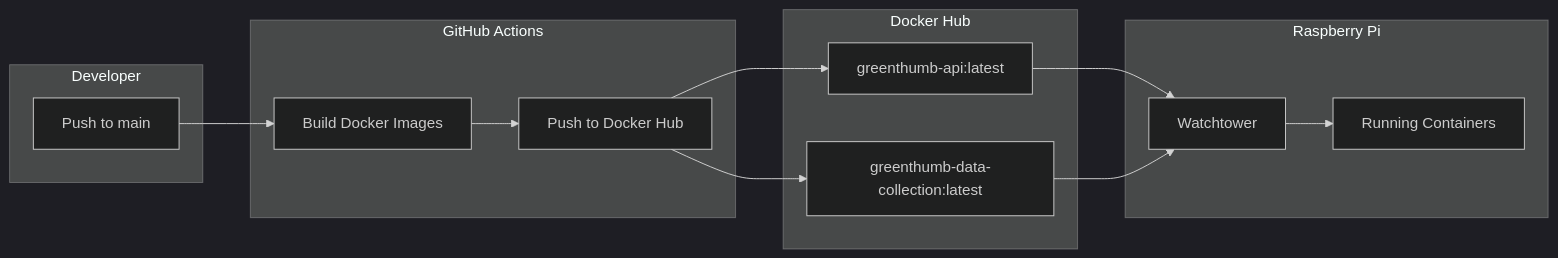
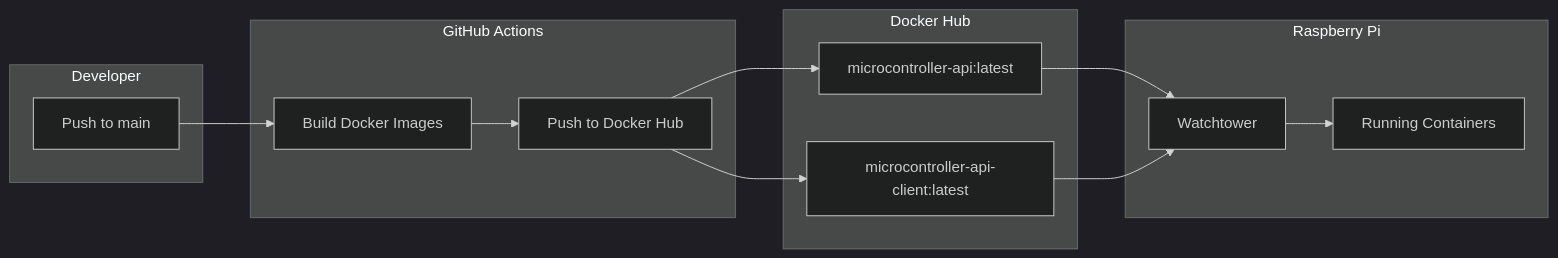
One commit to GreenThumbProject/docs changed the fourth of 6 diagrams in docs/architecture/diagrams.md. Above: the diagram before and after it, drawn with Mermaid (dark theme). The commit also changed other lines of this file and 17 other files, not shown here.

````diff
--- a/docs/architecture/diagrams.md
+++ b/docs/architecture/diagrams.md
@@ -127,29 +154,29 @@
 ```mermaid
 graph LR
     subgraph "Developer"
         DEV[Push to main]
     end
     
     subgraph "GitHub Actions"
         BUILD[Build Docker Images]
         PUSH[Push to Docker Hub]
     end
     
     subgraph "Docker Hub"
-        API_IMG[greenthumb-api:latest]
-        DC_IMG[greenthumb-data-collection:latest]
+        API_IMG[microcontroller-api:latest]
+        CTRL_IMG[microcontroller-api-client:latest]
     end
     
     subgraph "Raspberry Pi"
         WT[Watchtower]
         CONTAINERS[Running Containers]
     end
     
     DEV --> BUILD
     BUILD --> PUSH
     PUSH --> API_IMG
-    PUSH --> DC_IMG
+    PUSH --> CTRL_IMG
     API_IMG --> WT
-    DC_IMG --> WT
+    CTRL_IMG --> WT
     WT --> CONTAINERS
 ```
````
